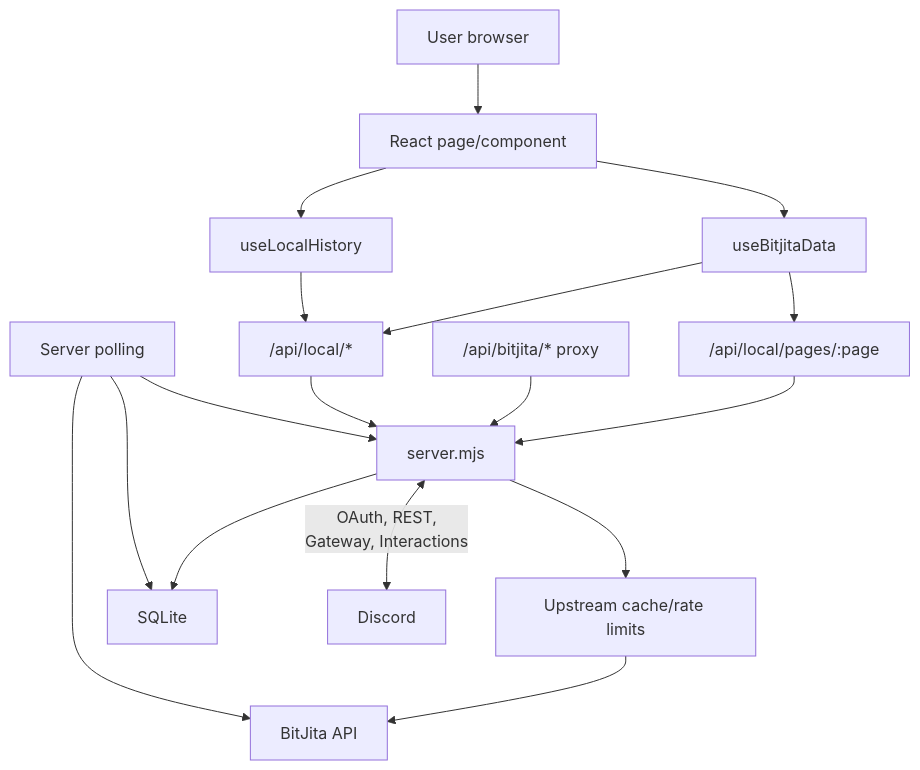
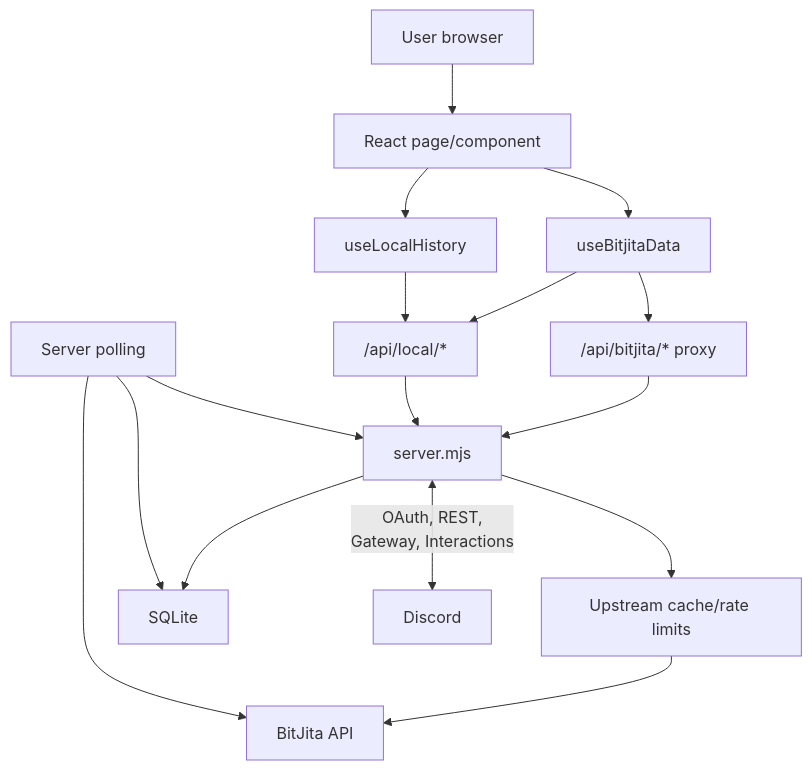
The second of 6 diagrams in docs/application-overview.md (Red463/bitcraft-claim-monitor), drawn with Mermaid before and after one commit. The commit also changed other lines of this file and 6 other files, not shown here.

````diff
--- a/docs/application-overview.md
+++ b/docs/application-overview.md
@@ -317,33 +316,31 @@
 ```mermaid
 flowchart TD
   User["User browser"]
   React["React page/component"]
   UseBitjita["useBitjitaData"]
   UseHistory["useLocalHistory"]
-  PageApi["/api/local/pages/:page"]
   LocalApi["/api/local/*"]
   Proxy["/api/bitjita/* proxy"]
   Server["server.mjs"]
   Cache["Upstream cache/rate limits"]
   BitJita["BitJita API"]
   SQLite["SQLite"]
   Poller["Server polling"]
   Discord["Discord"]
 
   User --> React
   React --> UseBitjita
   React --> UseHistory
-  UseBitjita --> PageApi
+  UseBitjita --> Proxy
   UseBitjita --> LocalApi
   UseHistory --> LocalApi
-  PageApi --> Server
   Proxy --> Server
   LocalApi --> Server
   Server --> Cache
   Cache --> BitJita
   Server --> SQLite
   Poller --> Server
   Poller --> BitJita
   Poller --> SQLite
   Server <-->|"OAuth, REST,\nGateway, Interactions"| Discord
 ```
````
